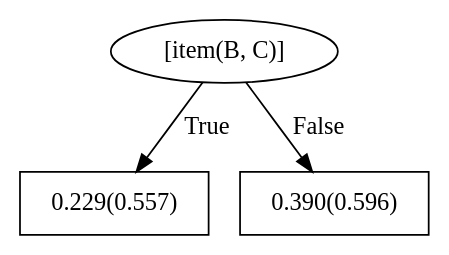
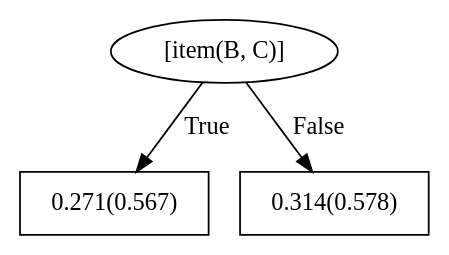
One commit to vnagpal25/BEACON changed the diagram in boosted_bandit/trial2/train/models/bRDNs/dotFiles/WILLTreeFor_recommendation4.dot. Above: the diagram before and after it, drawn with Graphviz. The commit also changed 255 other files, not shown here.

```diff
--- a/boosted_bandit/trial2/train/models/bRDNs/dotFiles/WILLTreeFor_recommendation4.dot
+++ b/boosted_bandit/trial2/train/models/bRDNs/dotFiles/WILLTreeFor_recommendation4.dot
@@ -1,7 +1,7 @@
 digraph G{ 
 1[label = "[item(B, C)]"];
 1 -> 2[label="True"];
 1 -> 3[label="False"];
-2[shape = box,label = "0.229(0.557)"];
-3[shape = box,label = "0.390(0.596)"];
+2[shape = box,label = "0.271(0.567)"];
+3[shape = box,label = "0.314(0.578)"];
 }
```
